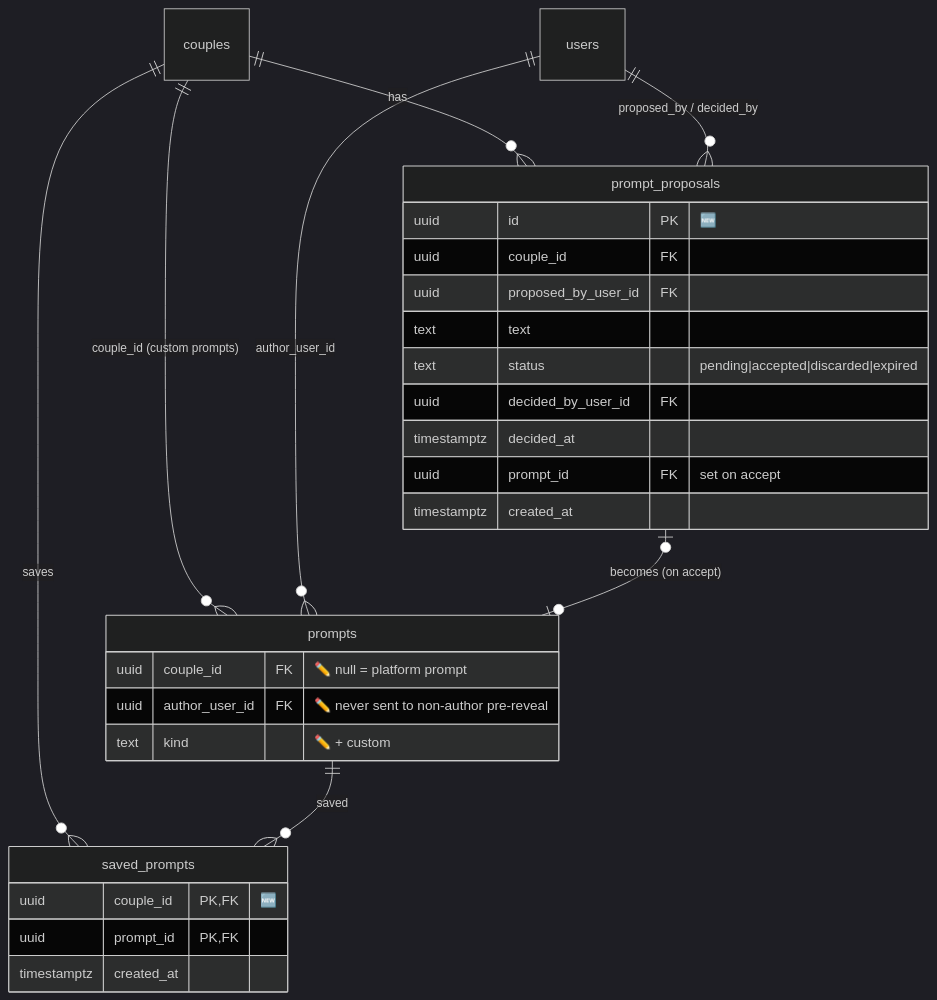
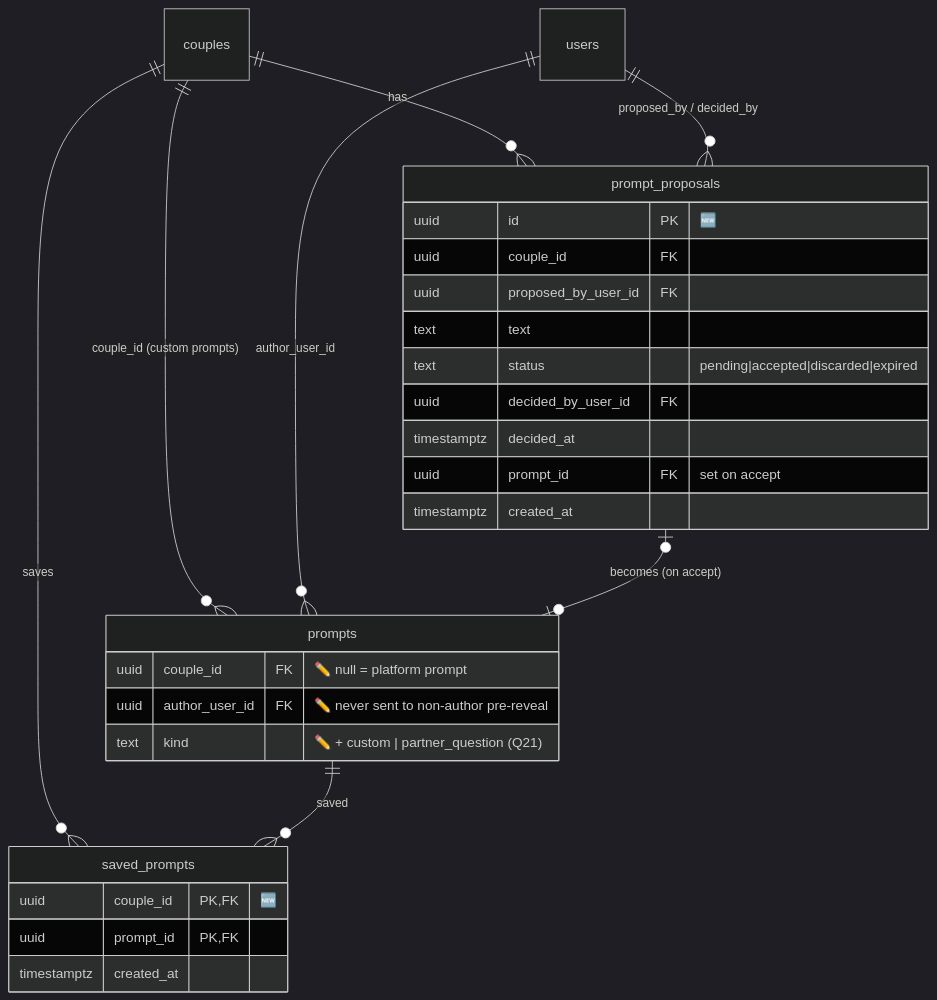
The third of 4 diagrams in docs/product/task-list.md (dev-by-rue/couple-space), drawn with Mermaid (dark theme) before and after one commit. The commit also changed other lines of this file, not shown here.

First line of the commit message:
docs: completion waits for open follow-ups; add partner-added questions (Q21, P2-7)

````diff
--- a/docs/product/task-list.md
+++ b/docs/product/task-list.md
@@ -472,32 +474,32 @@
 ```mermaid
 erDiagram
     couples ||--o{ prompts : "couple_id (custom prompts)"
     users ||--o{ prompts : "author_user_id"
     couples ||--o{ prompt_proposals : "has"
     users ||--o{ prompt_proposals : "proposed_by / decided_by"
     prompt_proposals |o--o| prompts : "becomes (on accept)"
     couples ||--o{ saved_prompts : "saves"
     prompts ||--o{ saved_prompts : "saved"
 
     prompts {
         uuid couple_id FK "✏️ null = platform prompt"
         uuid author_user_id FK "✏️ never sent to non-author pre-reveal"
-        text kind "✏️ + custom"
+        text kind "✏️ + custom | partner_question (Q21)"
     }
     prompt_proposals {
         uuid id PK "🆕"
         uuid couple_id FK
         uuid proposed_by_user_id FK
         text text
         text status "pending|accepted|discarded|expired"
         uuid decided_by_user_id FK
         timestamptz decided_at
         uuid prompt_id FK "set on accept"
         timestamptz created_at
     }
     saved_prompts {
         uuid couple_id PK, FK "🆕"
         uuid prompt_id PK, FK
         timestamptz created_at
     }
 ```
````
